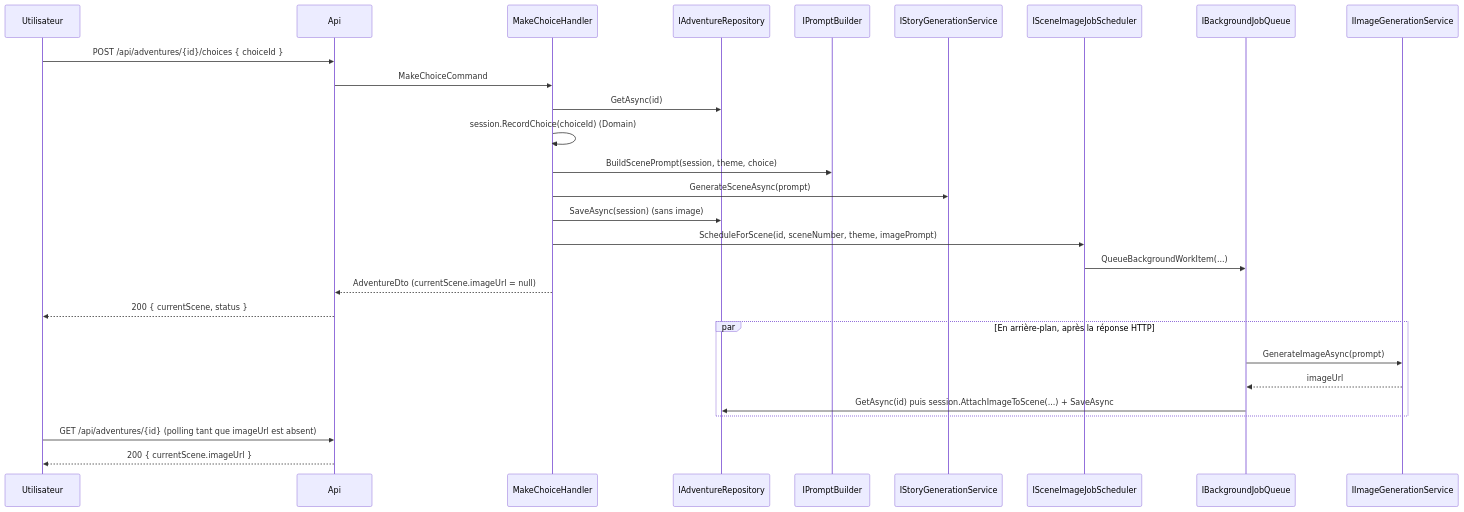
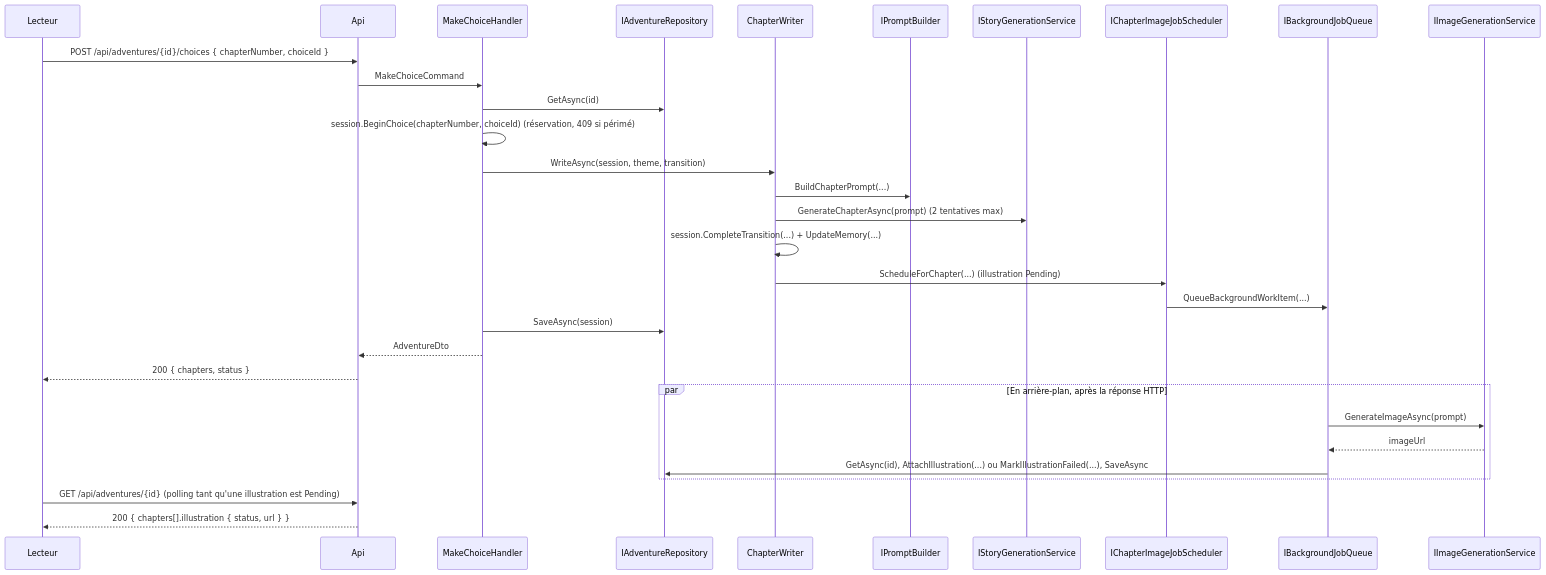
Before and after one commit to QzLP2P/FableFlow: the second of 2 diagrams in docs/architecture.md, drawn with Mermaid. The commit also changed other lines of this file and 129 other files, not shown here.

````diff
--- a/docs/architecture.md
+++ b/docs/architecture.md
@@ -35,33 +54,36 @@
 ```mermaid
 sequenceDiagram
-    participant U as Utilisateur
+    participant U as Lecteur
     participant API as Api
     participant H as MakeChoiceHandler
     participant R as IAdventureRepository
+    participant W as ChapterWriter
     participant PB as IPromptBuilder
     participant SG as IStoryGenerationService
-    participant SCH as ISceneImageJobScheduler
+    participant SCH as IChapterImageJobScheduler
     participant Q as IBackgroundJobQueue
     participant IG as IImageGenerationService
 
-    U->>API: POST /api/adventures/{id}/choices { choiceId }
+    U->>API: POST /api/adventures/{id}/choices { chapterNumber, choiceId }
     API->>H: MakeChoiceCommand
     H->>R: GetAsync(id)
-    H->>H: session.RecordChoice(choiceId)  (Domain)
-    H->>PB: BuildScenePrompt(session, theme, choice)
-    H->>SG: GenerateSceneAsync(prompt)
-    H->>R: SaveAsync(session)  (sans image)
-    H->>SCH: ScheduleForScene(id, sceneNumber, theme, imagePrompt)
+    H->>H: session.BeginChoice(chapterNumber, choiceId)  (réservation, 409 si périmé)
+    H->>W: WriteAsync(session, theme, transition)
+    W->>PB: BuildChapterPrompt(...)
+    W->>SG: GenerateChapterAsync(prompt)  (2 tentatives max)
+    W->>W: session.CompleteTransition(...) + UpdateMemory(...)
+    W->>SCH: ScheduleForChapter(...)  (illustration Pending)
     SCH->>Q: QueueBackgroundWorkItem(...)
-    H-->>API: AdventureDto (currentScene.imageUrl = null)
-    API-->>U: 200 { currentScene, status }
+    H->>R: SaveAsync(session)
+    H-->>API: AdventureDto
+    API-->>U: 200 { chapters, status }
 
     par En arrière-plan, après la réponse HTTP
         Q->>IG: GenerateImageAsync(prompt)
         IG-->>Q: imageUrl
-        Q->>R: GetAsync(id) puis session.AttachImageToScene(...) + SaveAsync
+        Q->>R: GetAsync(id), AttachIllustration(...) ou MarkIllustrationFailed(...), SaveAsync
     end
 
-    U->>API: GET /api/adventures/{id}  (polling tant que imageUrl est absent)
-    API-->>U: 200 { currentScene.imageUrl }
+    U->>API: GET /api/adventures/{id}  (polling tant qu'une illustration est Pending)
+    API-->>U: 200 { chapters[].illustration { status, url } }
 ```
````
